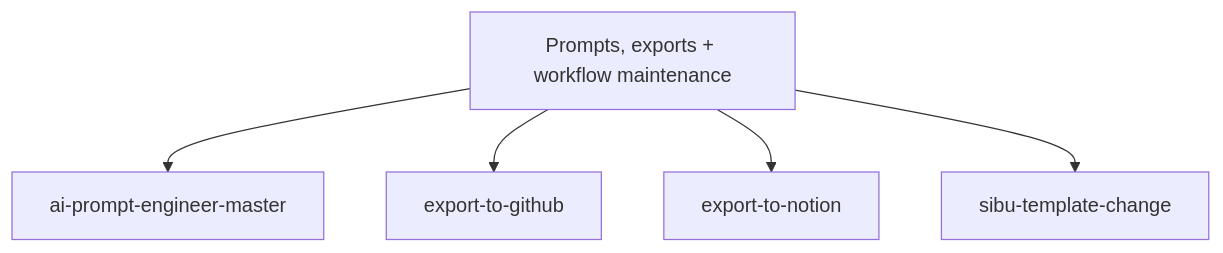
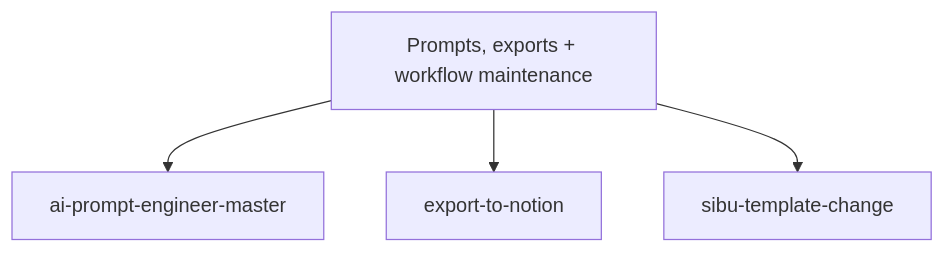
The fifth of 5 diagrams in README.md (juank11memphis/ai-augmented-workflow), drawn with Mermaid before and after one commit. The commit also changed other lines of this file and 51 other files, not shown here.

````diff
--- a/README.md
+++ b/README.md
@@ -211,8 +211,7 @@
 ```mermaid
 flowchart TB
   maintenance["Prompts, exports + workflow maintenance"]
   maintenance --> promptEngineer["ai-prompt-engineer-master"]
-  maintenance --> exportGithub["export-to-github"]
   maintenance --> exportNotion["export-to-notion"]
   maintenance --> templateChange["sibu-template-change"]
 ```
````
